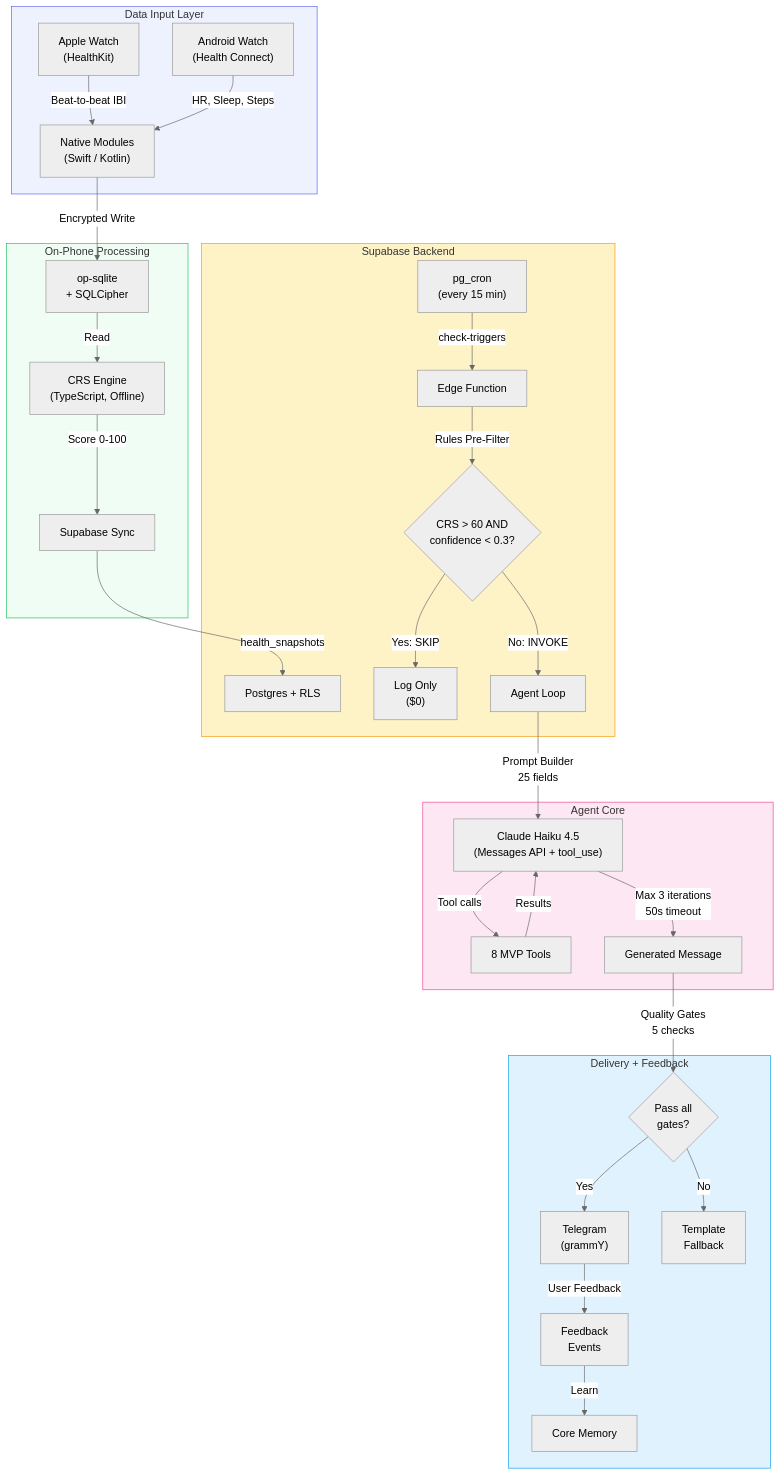
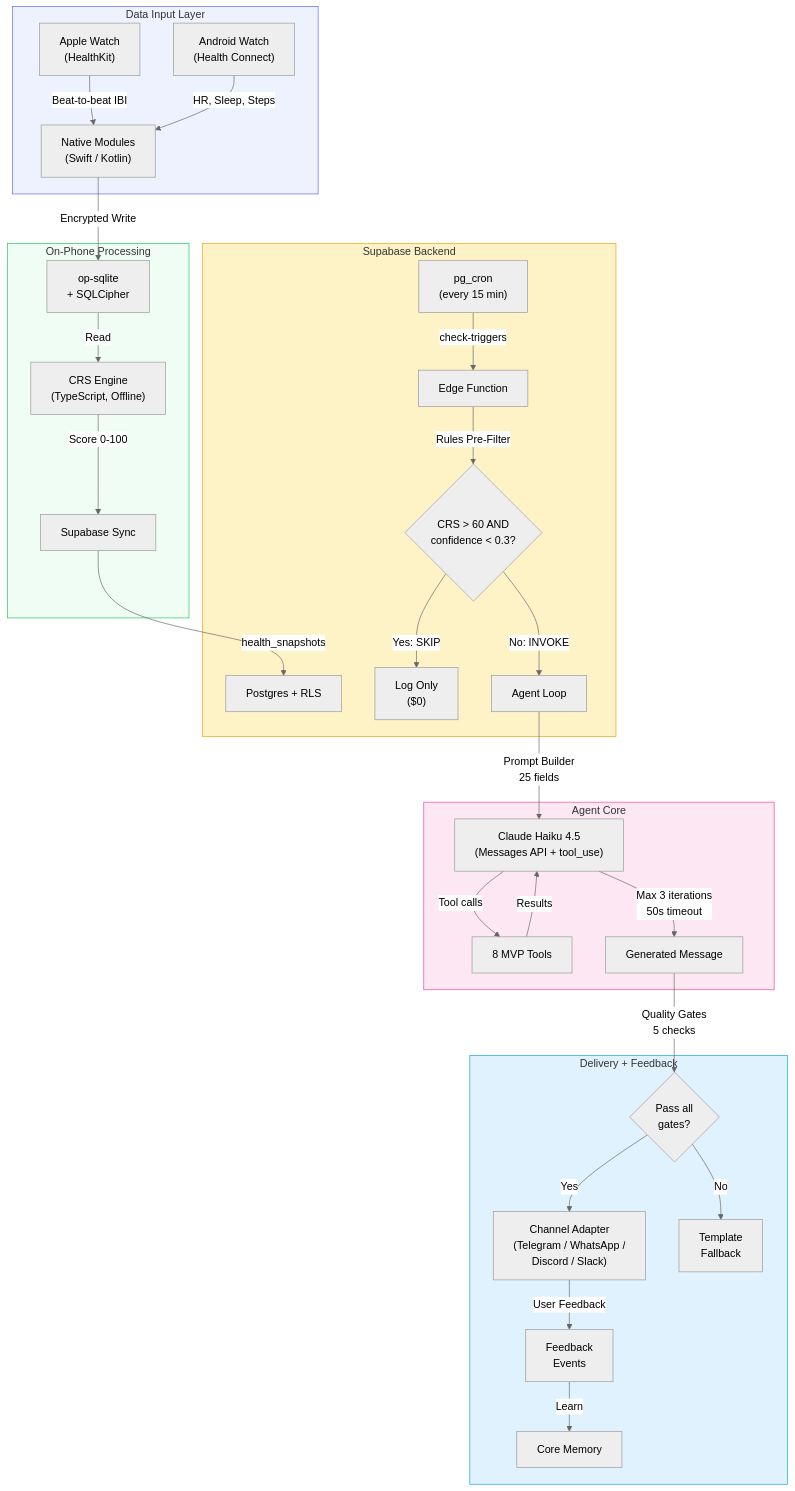
One commit to Pin4sf/Waldo changed the first of 5 diagrams in docs-site/architecture-glance.md. Above: the diagram before and after it, drawn with Mermaid (neutral theme). The commit also changed other lines of this file and 19 other files, not shown here.

First line of the commit message:
docs: add adapter pattern architecture, competitive analysis, and ecosystem framing

````diff
--- a/docs-site/architecture-glance.md
+++ b/docs-site/architecture-glance.md
@@ -7,42 +7,42 @@
 ```mermaid
 graph TB
     subgraph Input["Data Input Layer"]
         AW["Apple Watch<br/>(HealthKit)"] -->|Beat-to-beat IBI| NM["Native Modules<br/>(Swift / Kotlin)"]
         GW["Android Watch<br/>(Health Connect)"] -->|HR, Sleep, Steps| NM
     end
 
     subgraph Phone["On-Phone Processing"]
         NM -->|Encrypted Write| SQL["op-sqlite<br/>+ SQLCipher"]
         SQL -->|Read| CRS["CRS Engine<br/>(TypeScript, Offline)"]
         CRS -->|Score 0-100| SYNC["Supabase Sync"]
     end
 
     subgraph Cloud["Supabase Backend"]
         SYNC -->|health_snapshots| PG["Postgres + RLS"]
         CRON["pg_cron<br/>(every 15 min)"] -->|check-triggers| EF["Edge Function"]
         EF -->|Rules Pre-Filter| DECIDE{CRS > 60 AND<br/>confidence < 0.3?}
         DECIDE -->|Yes: SKIP| LOG["Log Only<br/>($0)"]
         DECIDE -->|No: INVOKE| AGENT["Agent Loop"]
     end
 
     subgraph AgentCore["Agent Core"]
         AGENT -->|Prompt Builder<br/>25 fields| HAIKU["Claude Haiku 4.5<br/>(Messages API + tool_use)"]
         HAIKU -->|Tool calls| TOOLS["8 MVP Tools"]
         TOOLS -->|Results| HAIKU
         HAIKU -->|Max 3 iterations<br/>50s timeout| RESPONSE["Generated Message"]
     end
 
     subgraph Delivery["Delivery + Feedback"]
         RESPONSE -->|Quality Gates<br/>5 checks| GATE{Pass all<br/>gates?}
-        GATE -->|Yes| TG["Telegram<br/>(grammY)"]
+        GATE -->|Yes| TG["Channel Adapter<br/>(Telegram / WhatsApp /<br/>Discord / Slack)"]
         GATE -->|No| TEMPLATE["Template<br/>Fallback"]
         TG -->|User Feedback| FB["Feedback<br/>Events"]
         FB -->|Learn| MEM["Core Memory"]
     end
 
     style Input fill:#eef2ff,stroke:#6366f1
     style Phone fill:#f0fdf4,stroke:#22c55e
     style Cloud fill:#fef3c7,stroke:#f59e0b
     style AgentCore fill:#fce7f3,stroke:#ec4899
     style Delivery fill:#e0f2fe,stroke:#0ea5e9
 ```
````
